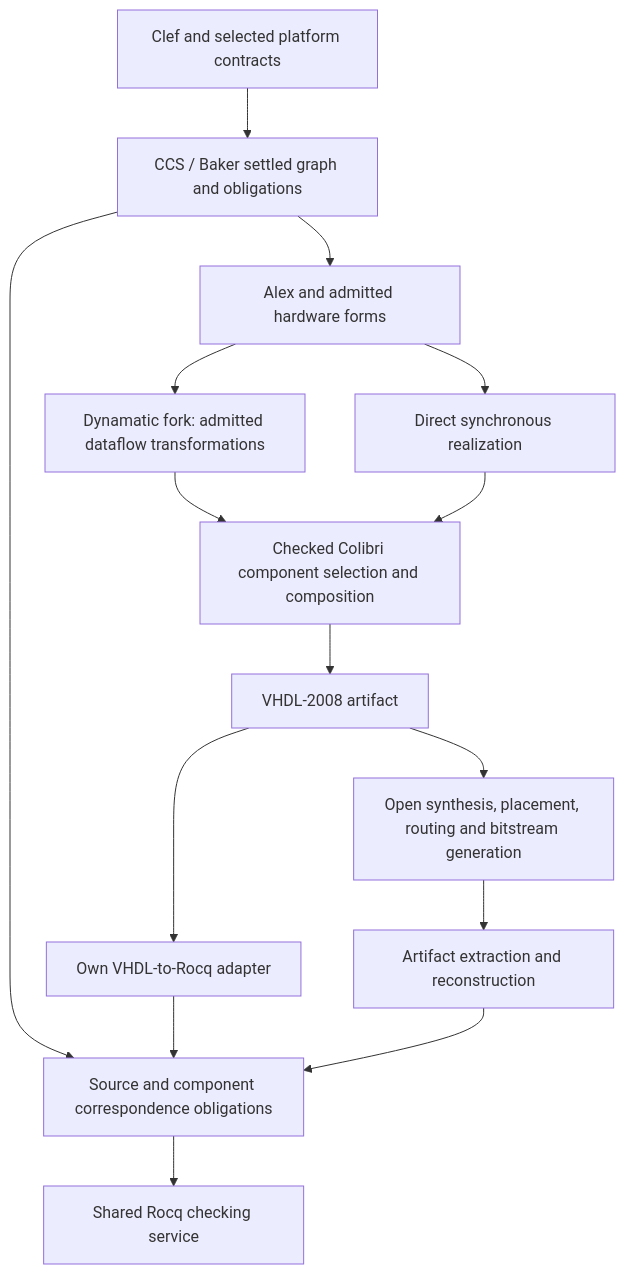
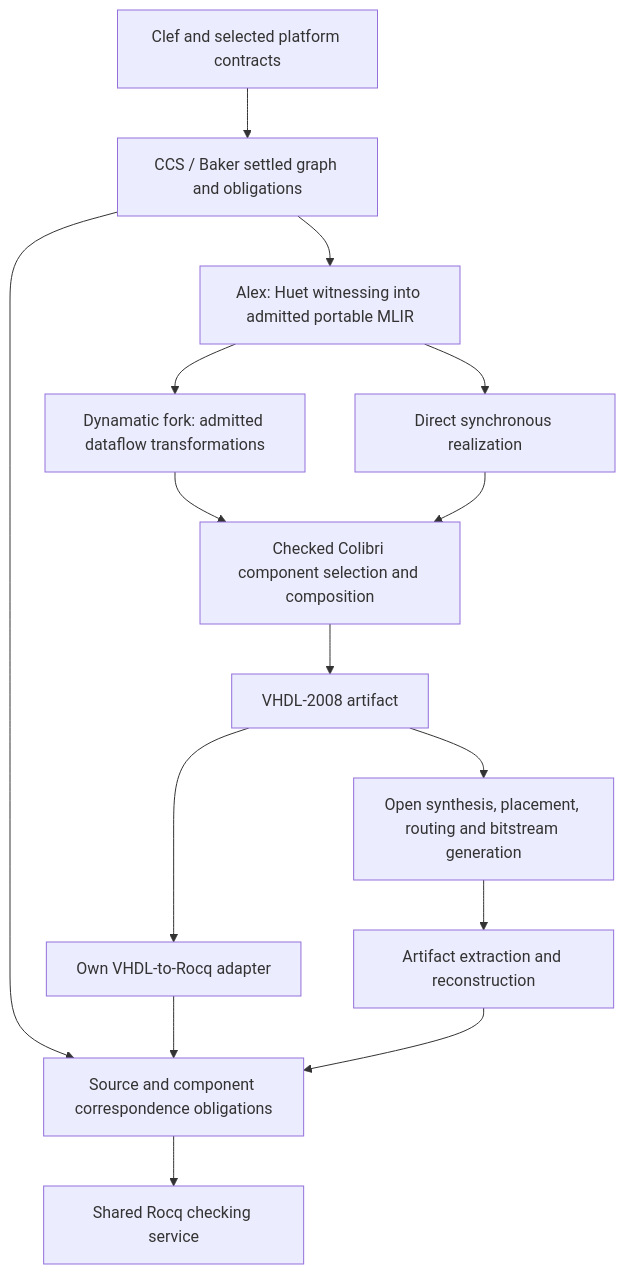
Before and after one commit to FidelityFramework/Composer: the diagram in docs/fpga-targeting/README.md, drawn with Mermaid. The commit also changed other lines of this file and 10 other files, not shown here.

````diff
--- a/docs/fpga-targeting/README.md
+++ b/docs/fpga-targeting/README.md
@@ -58,17 +64,17 @@
 ```mermaid
 flowchart TD
     A[Clef and selected platform contracts] --> B[CCS / Baker settled graph and obligations]
-    B --> C[Alex and admitted hardware forms]
+    B --> C[Alex: Huet witnessing into admitted portable MLIR]
     C --> D[Dynamatic fork: admitted dataflow transformations]
     C --> E[Direct synchronous realization]
     D --> F[Checked Colibri component selection and composition]
     E --> F
     F --> G[VHDL-2008 artifact]
     G --> H[Own VHDL-to-Rocq adapter]
     B --> I[Source and component correspondence obligations]
     H --> I
     I --> J[Shared Rocq checking service]
     G --> K[Open synthesis, placement, routing and bitstream generation]
     K --> L[Artifact extraction and reconstruction]
     L --> I
 ```
````
